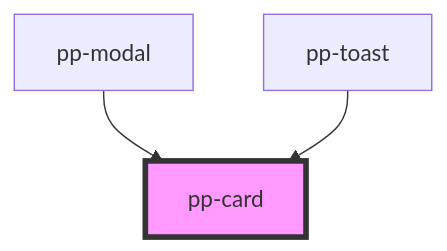
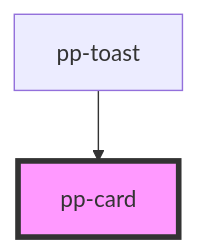
One commit to PomeloPay/pomelo-web-ui changed the diagram in src/components/pp-card/readme.md. Above: the diagram before and after it, drawn with Mermaid. The commit also changed other lines of this file and 6 other files, not shown here.

````diff
--- a/src/components/pp-card/readme.md
+++ b/src/components/pp-card/readme.md
@@ -16,6 +15,5 @@
 ```mermaid
 graph TD;
-  pp-modal --> pp-card
   pp-toast --> pp-card
   style pp-card fill:#f9f,stroke:#333,stroke-width:4px
 ```
````
